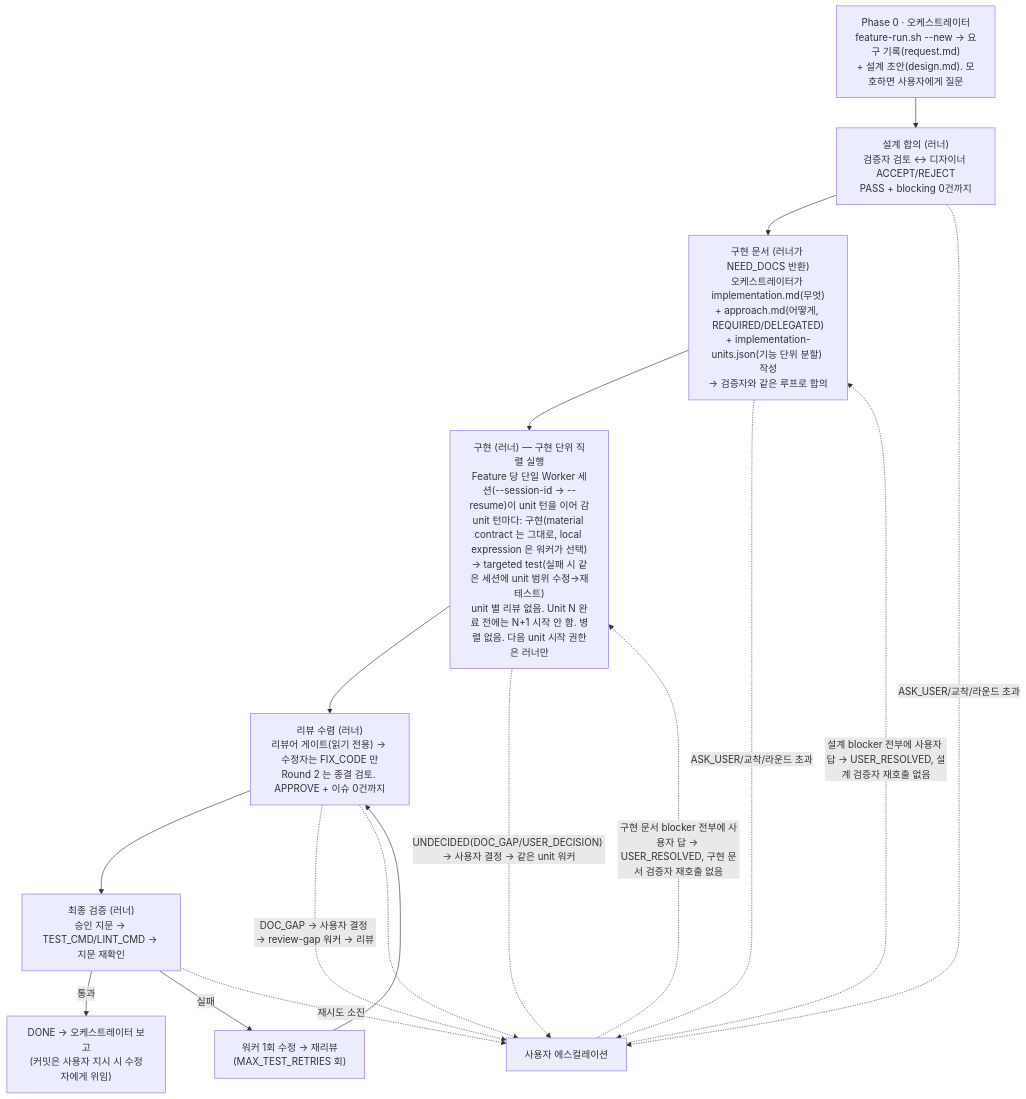
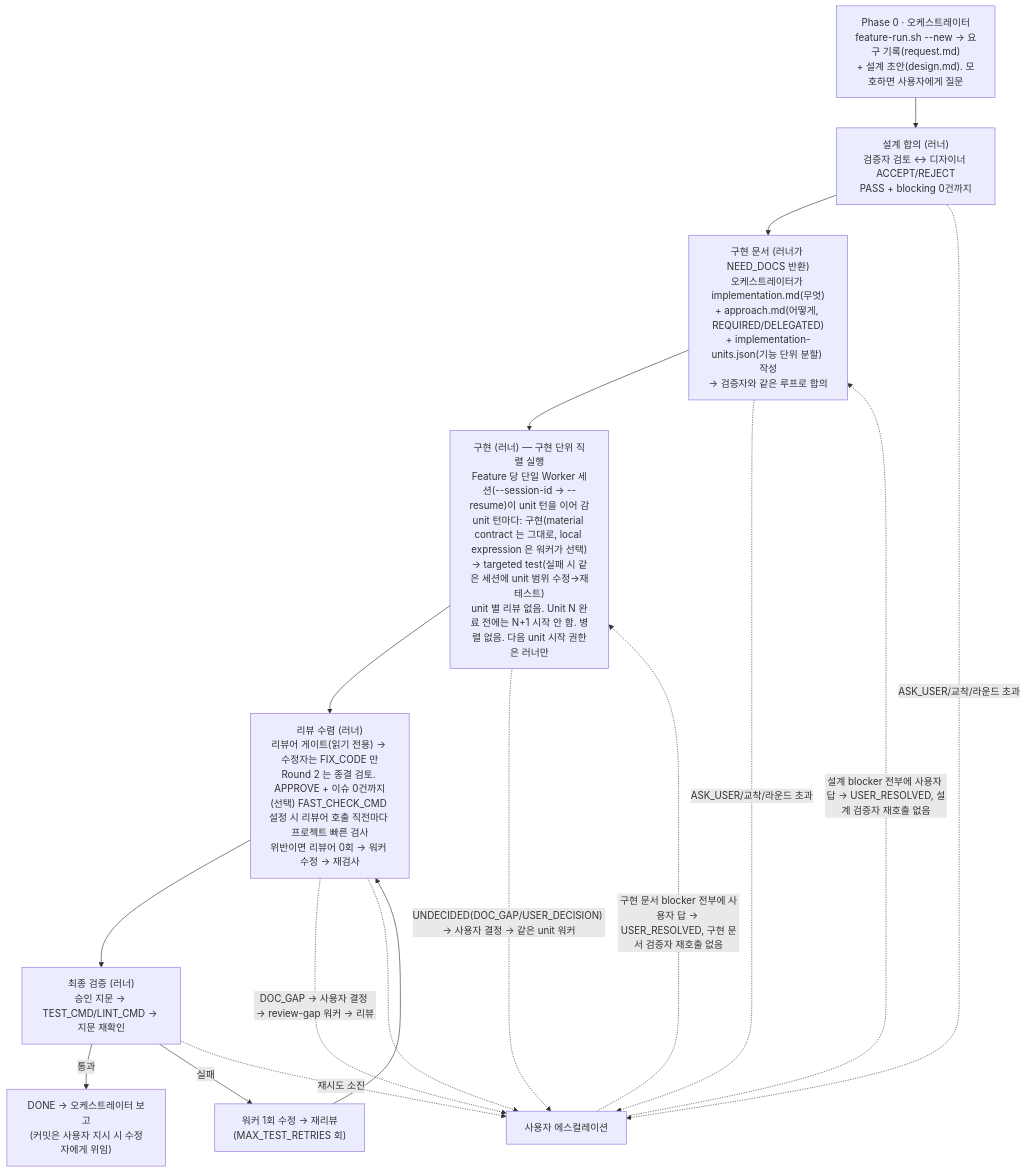
The diagram in README.md (DEV-asdf-516/feature-skill), drawn with Mermaid before and after one commit. The commit also changed other lines of this file and 12 other files, not shown here.

First line of the commit message:
feat: 리뷰 전 프로젝트 빠른 검사 게이트(FAST_CHECK_CMD) + 수정 턴 재개 판정

````diff
--- a/README.md
+++ b/README.md
@@ -26,18 +26,18 @@
 ```mermaid
 flowchart TD
     P0["Phase 0 · 오케스트레이터\nfeature-run.sh --new → 요구 기록(request.md)\n+ 설계 초안(design.md). 모호하면 사용자에게 질문"] --> P1
     P1["설계 합의 (러너)\n검증자 검토 ↔ 디자이너 ACCEPT/REJECT\nPASS + blocking 0건까지"] --> P15
     P15["구현 문서 (러너가 NEED_DOCS 반환)\n오케스트레이터가 implementation.md(무엇)\n+ approach.md(어떻게, REQUIRED/DELEGATED)\n+ implementation-units.json(기능 단위 분할) 작성\n→ 검증자와 같은 루프로 합의"] --> P2
     P2["구현 (러너) — 구현 단위 직렬 실행\nFeature 당 단일 Worker 세션(--session-id → --resume)이 unit 턴을 이어 감\nunit 턴마다: 구현(material contract 는 그대로, local expression 은 워커가 선택)\n→ targeted test(실패 시 같은 세션에 unit 범위 수정→재테스트)\nunit 별 리뷰 없음. Unit N 완료 전에는 N+1 시작 안 함. 병렬 없음. 다음 unit 시작 권한은 러너만"] --> P3
-    P3["리뷰 수렴 (러너)\n리뷰어 게이트(읽기 전용) → 수정자는 FIX_CODE 만\nRound 2 는 종결 검토. APPROVE + 이슈 0건까지"] --> P4
+    P3["리뷰 수렴 (러너)\n리뷰어 게이트(읽기 전용) → 수정자는 FIX_CODE 만\nRound 2 는 종결 검토. APPROVE + 이슈 0건까지\n(선택) FAST_CHECK_CMD 설정 시 리뷰어 호출 직전마다 프로젝트 빠른 검사\n위반이면 리뷰어 0회 → 워커 수정 → 재검사"] --> P4
     P3 -.DOC_GAP → 사용자 결정 → review-gap 워커 → 리뷰.-> ESC
     P4["최종 검증 (러너)\n승인 지문 → TEST_CMD/LINT_CMD → 지문 재확인"] -->|통과| DONE["DONE → 오케스트레이터 보고\n(커밋은 사용자 지시 시 수정자에게 위임)"]
     P4 -->|실패| P2R["워커 1회 수정 → 재리뷰\n(MAX_TEST_RETRIES 회)"] --> P3
     P2 -.UNDECIDED(DOC_GAP/USER_DECISION) → 사용자 결정 → 같은 unit 워커.-> ESC
     P1 -.ASK_USER/교착/라운드 초과.-> ESC["사용자 에스컬레이션"]
     P15 -.ASK_USER/교착/라운드 초과.-> ESC
     ESC -.설계 blocker 전부에 사용자 답 → USER_RESOLVED, 설계 검증자 재호출 없음.-> P15
     ESC -.구현 문서 blocker 전부에 사용자 답 → USER_RESOLVED, 구현 문서 검증자 재호출 없음.-> P2
     P3 -.-> ESC
     P4 -.재시도 소진.-> ESC
 ```
````
